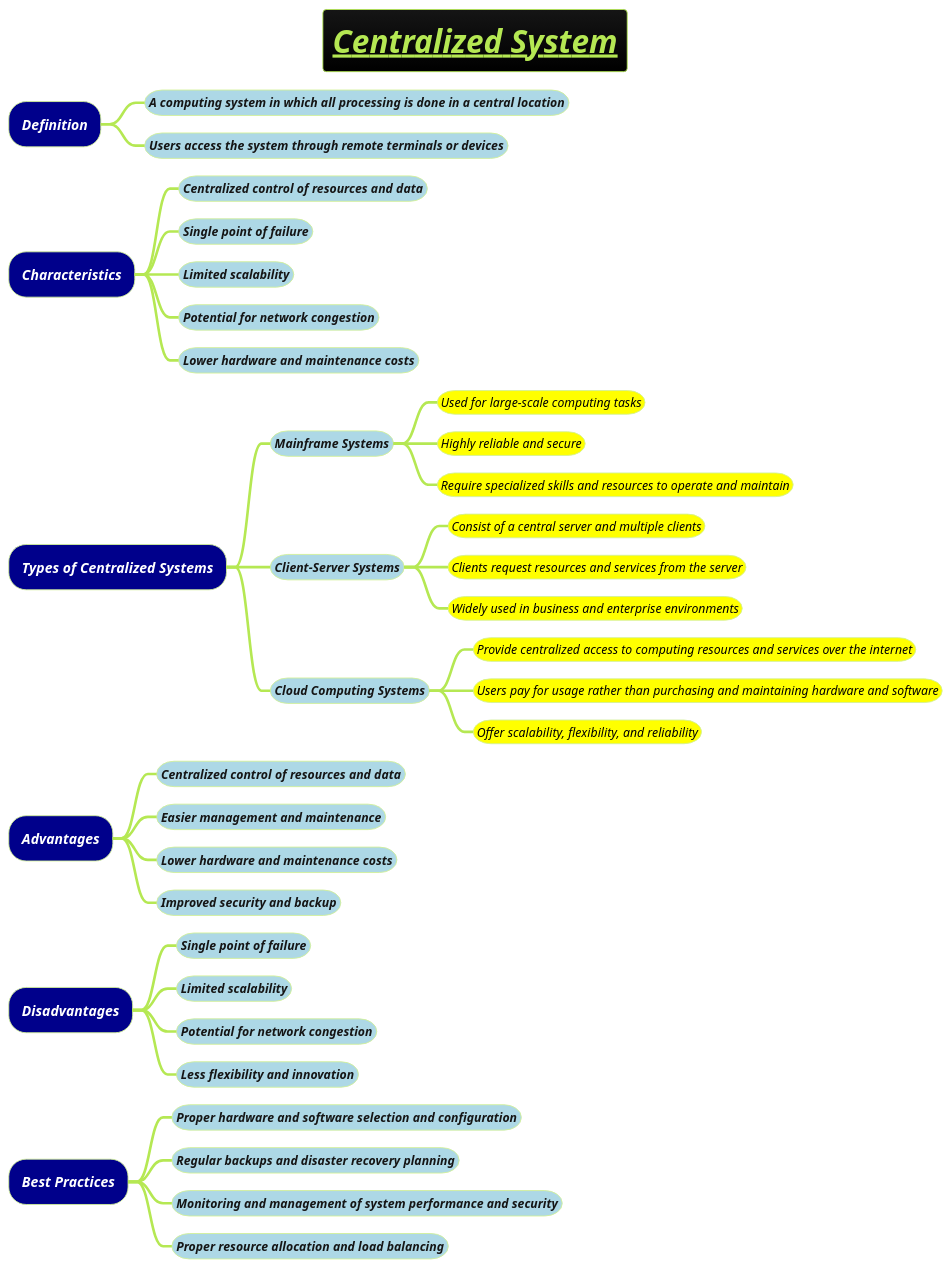
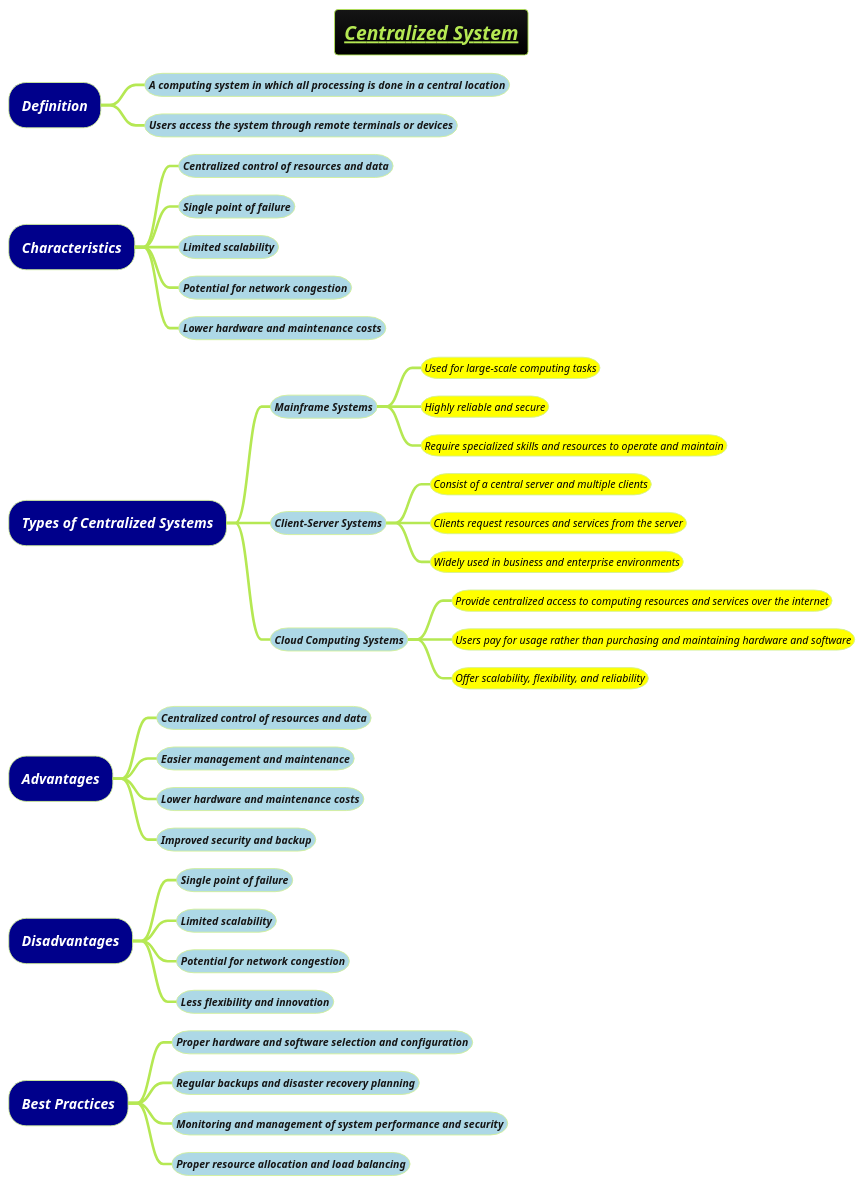
The diagram in docs/1-Requirement-Engineering/levels-of-distributed-system/Centralized-System.puml (MehmoodHashmi/Documentation-as-Code-DaC), drawn with PlantUML before and after one commit. The commit also changed 8 other files, not shown here.

```diff
--- a/docs/1-Requirement-Engineering/levels-of-distributed-system/Centralized-System.puml
+++ b/docs/1-Requirement-Engineering/levels-of-distributed-system/Centralized-System.puml
@@ -1,52 +1,52 @@
 @startmindmap
-title =<i><b><u>Centralized System
+title =<i><b><u><size:18>Centralized System
 !theme hacker
 
 
 
 
 
 
 *[#darkblue] <i><color:white>Definition
-**[#lightblue] <i><color #blac><size:14>A computing system in which all processing is done in a central location
-**[#lightblue] <i><color #blac><size:14>Users access the system through remote terminals or devices
+**[#lightblue] <i><color #blac><size:12>A computing system in which all processing is done in a central location
+**[#lightblue] <i><color #blac><size:12>Users access the system through remote terminals or devices
 
 *[#darkblue] <i><color:white>Characteristics
-**[#lightblue] <i><color #blac><size:14>Centralized control of resources and data
-**[#lightblue] <i><color #blac><size:14>Single point of failure
-**[#lightblue] <i><color #blac><size:14>Limited scalability
-**[#lightblue] <i><color #blac><size:14>Potential for network congestion
-**[#lightblue] <i><color #blac><size:14>Lower hardware and maintenance costs
+**[#lightblue] <i><color #blac><size:12>Centralized control of resources and data
+**[#lightblue] <i><color #blac><size:12>Single point of failure
+**[#lightblue] <i><color #blac><size:12>Limited scalability
+**[#lightblue] <i><color #blac><size:12>Potential for network congestion
+**[#lightblue] <i><color #blac><size:12>Lower hardware and maintenance costs
 
 *[#darkblue] <i><color:white>Types of Centralized Systems
-**[#lightblue] <i><color #blac><size:14>Mainframe Systems
-***[#yellow] <i><color #black><size:14>Used for large-scale computing tasks
-***[#yellow] <i><color #black><size:14>Highly reliable and secure
-***[#yellow] <i><color #black><size:14>Require specialized skills and resources to operate and maintain
-**[#lightblue] <i><color #blac><size:14>Client-Server Systems
-***[#yellow] <i><color #black><size:14>Consist of a central server and multiple clients
-***[#yellow] <i><color #black><size:14>Clients request resources and services from the server
-***[#yellow] <i><color #black><size:14>Widely used in business and enterprise environments
-**[#lightblue] <i><color #blac><size:14>Cloud Computing Systems
-***[#yellow] <i><color #black><size:14>Provide centralized access to computing resources and services over the internet
-***[#yellow] <i><color #black><size:14>Users pay for usage rather than purchasing and maintaining hardware and software
-***[#yellow] <i><color #black><size:14>Offer scalability, flexibility, and reliability
+**[#lightblue] <i><color #blac><size:12>Mainframe Systems
+***[#yellow] <i><color #black><size:12>Used for large-scale computing tasks
+***[#yellow] <i><color #black><size:12>Highly reliable and secure
+***[#yellow] <i><color #black><size:12>Require specialized skills and resources to operate and maintain
+**[#lightblue] <i><color #blac><size:12>Client-Server Systems
+***[#yellow] <i><color #black><size:12>Consist of a central server and multiple clients
+***[#yellow] <i><color #black><size:12>Clients request resources and services from the server
+***[#yellow] <i><color #black><size:12>Widely used in business and enterprise environments
+**[#lightblue] <i><color #blac><size:12>Cloud Computing Systems
+***[#yellow] <i><color #black><size:12>Provide centralized access to computing resources and services over the internet
+***[#yellow] <i><color #black><size:12>Users pay for usage rather than purchasing and maintaining hardware and software
+***[#yellow] <i><color #black><size:12>Offer scalability, flexibility, and reliability
 
 *[#darkblue] <i><color:white>Advantages
-**[#lightblue] <i><color #blac><size:14>Centralized control of resources and data
-**[#lightblue] <i><color #blac><size:14>Easier management and maintenance
-**[#lightblue] <i><color #blac><size:14>Lower hardware and maintenance costs
-**[#lightblue] <i><color #blac><size:14>Improved security and backup
+**[#lightblue] <i><color #blac><size:12>Centralized control of resources and data
+**[#lightblue] <i><color #blac><size:12>Easier management and maintenance
+**[#lightblue] <i><color #blac><size:12>Lower hardware and maintenance costs
+**[#lightblue] <i><color #blac><size:12>Improved security and backup
 
 *[#darkblue] <i><color:white>Disadvantages
-**[#lightblue] <i><color #blac><size:14>Single point of failure
-**[#lightblue] <i><color #blac><size:14>Limited scalability
-**[#lightblue] <i><color #blac><size:14>Potential for network congestion
-**[#lightblue] <i><color #blac><size:14>Less flexibility and innovation
+**[#lightblue] <i><color #blac><size:12>Single point of failure
+**[#lightblue] <i><color #blac><size:12>Limited scalability
+**[#lightblue] <i><color #blac><size:12>Potential for network congestion
+**[#lightblue] <i><color #blac><size:12>Less flexibility and innovation
 
 *[#darkblue] <i><color:white>Best Practices
-**[#lightblue] <i><color #blac><size:14>Proper hardware and software selection and configuration
-**[#lightblue] <i><color #blac><size:14>Regular backups and disaster recovery planning
-**[#lightblue] <i><color #blac><size:14>Monitoring and management of system performance and security
-**[#lightblue] <i><color #blac><size:14>Proper resource allocation and load balancing
+**[#lightblue] <i><color #blac><size:12>Proper hardware and software selection and configuration
+**[#lightblue] <i><color #blac><size:12>Regular backups and disaster recovery planning
+**[#lightblue] <i><color #blac><size:12>Monitoring and management of system performance and security
+**[#lightblue] <i><color #blac><size:12>Proper resource allocation and load balancing
 @endmindmap
```
